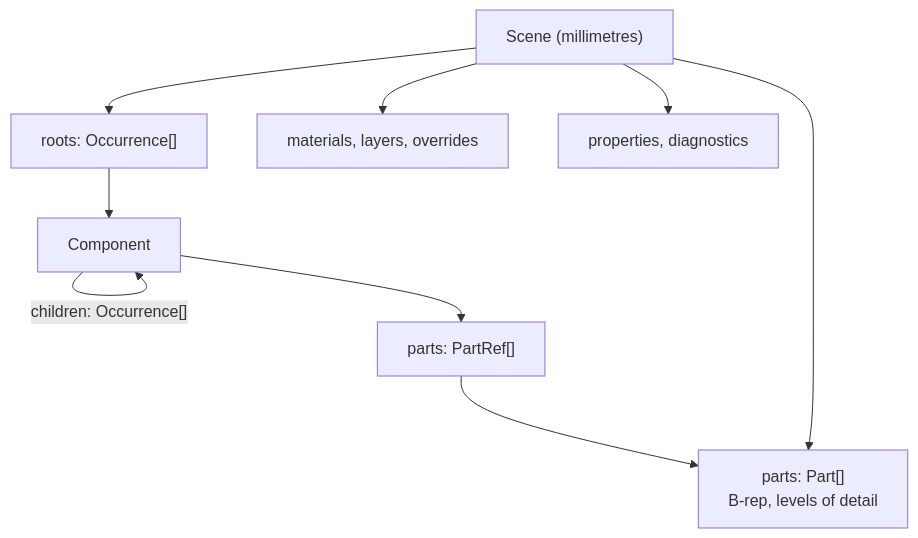
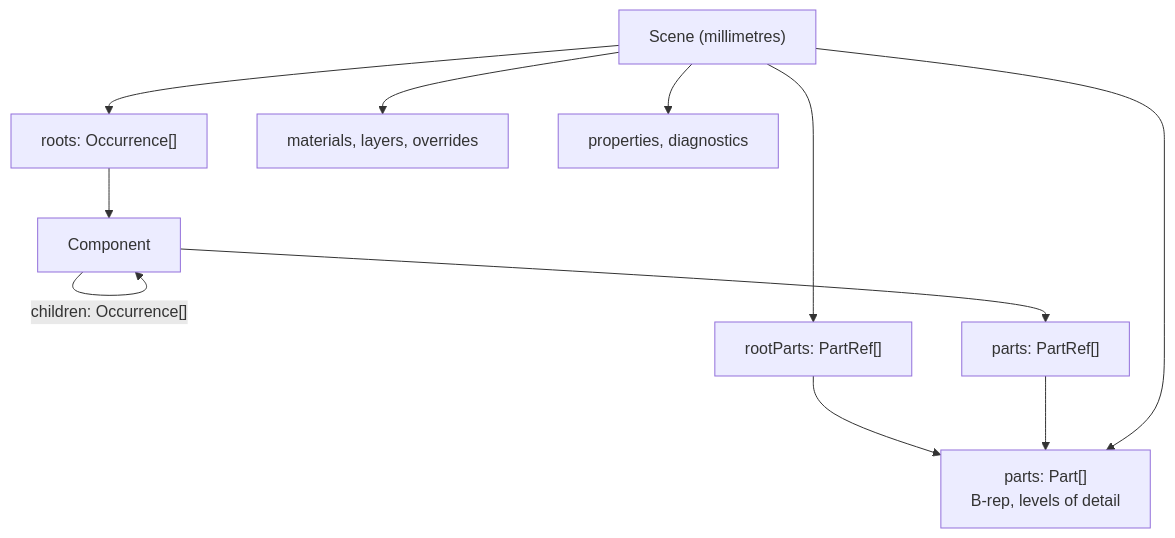
Before and after one commit to martyvona/cad-io-js: the fifth of 6 diagrams in README.md, drawn with Mermaid. The commit also changed other lines of this file and 52 other files, not shown here.

````diff
--- a/README.md
+++ b/README.md
@@ -517,11 +517,13 @@
 ```mermaid
 flowchart TD
   scene["Scene (millimetres)"] --> roots["roots: Occurrence[]"]
+  scene --> rootParts["rootParts: PartRef[]"]
+  rootParts --> parts
   roots --> comp["Component"]
   comp -->|"children: Occurrence[]"| comp
   comp --> refs["parts: PartRef[]"]
   refs --> parts["parts: Part[]<br/>B-rep, levels of detail"]
   scene --> parts
   scene --> mats["materials, layers, overrides"]
   scene --> props["properties, diagnostics"]
 ```
````
